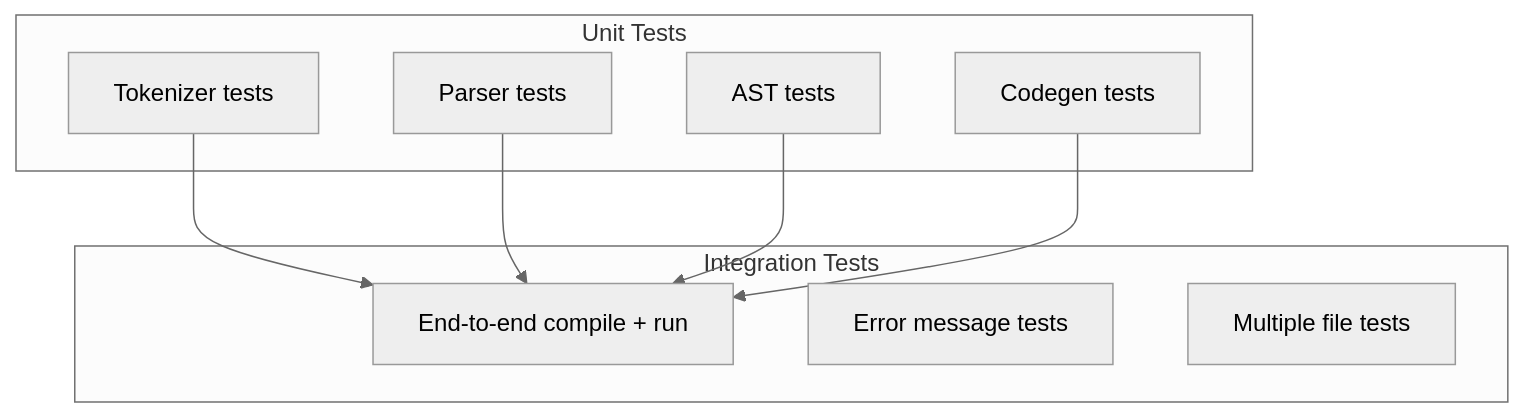
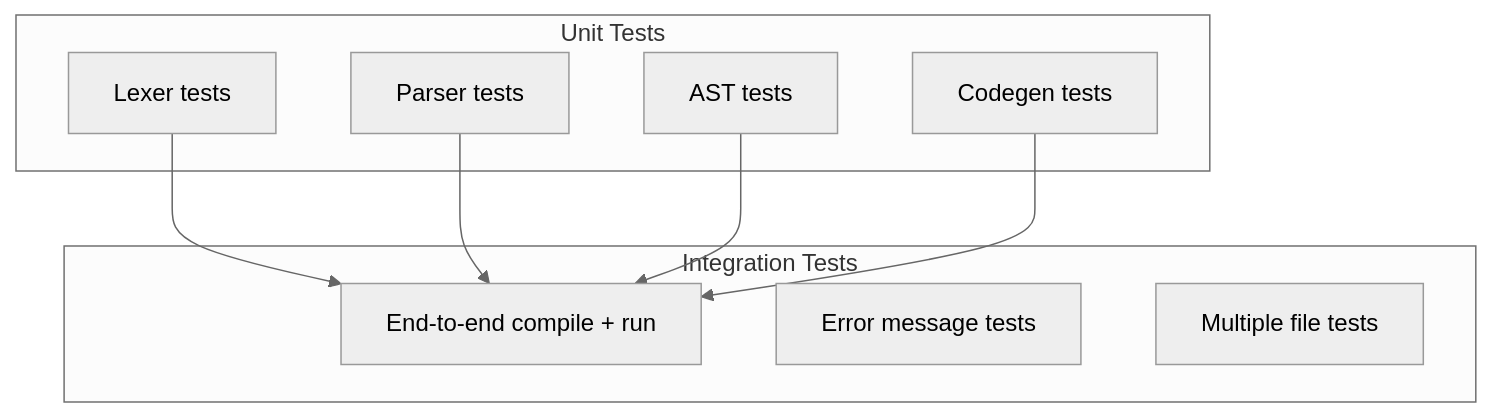
One commit to juno-yu/simple-howto-c-compiler-ximplec changed the third of 3 diagrams in 0005-integration/README.md. Above: the diagram before and after it, drawn with Mermaid (neutral theme). The commit also changed other lines of this file and 131 other files, not shown here.

````diff
--- a/0005-integration/README.md
+++ b/0005-integration/README.md
@@ -44,20 +53,20 @@
 ```mermaid
 graph TD
     subgraph "Unit Tests"
-        U1[Tokenizer tests]
+        U1[Lexer tests]
         U2[Parser tests]
         U3[AST tests]
         U4[Codegen tests]
     end
-    
+
     subgraph "Integration Tests"
         I1[End-to-end compile + run]
         I2[Error message tests]
         I3[Multiple file tests]
     end
-    
+
     U1 --> I1
     U2 --> I1
     U3 --> I1
     U4 --> I1
 ```
````
